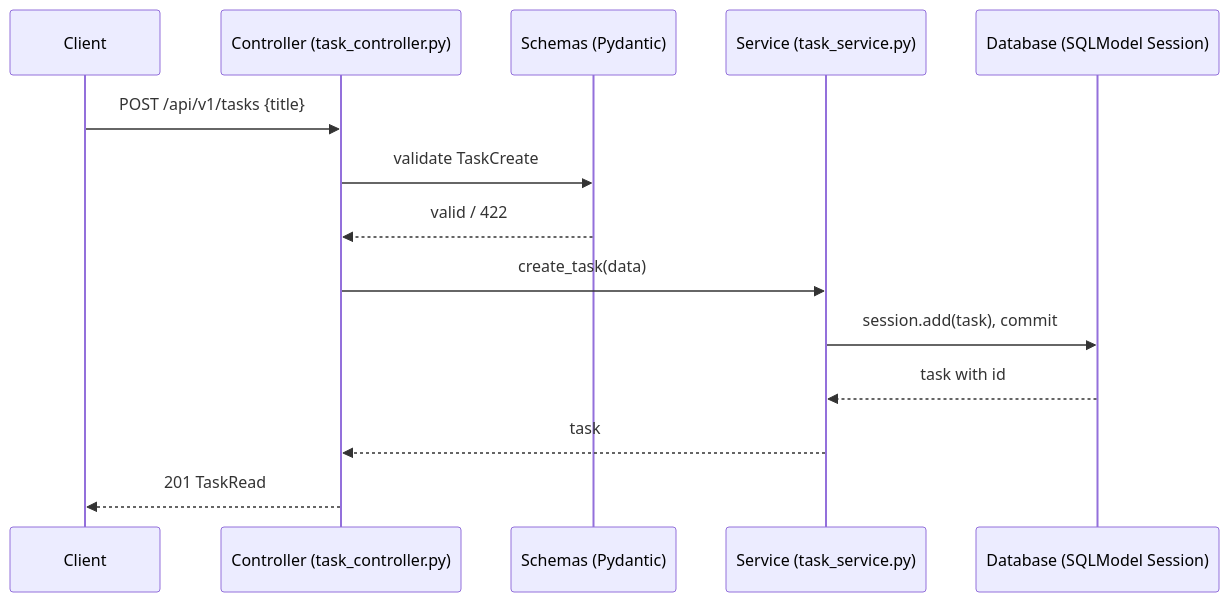
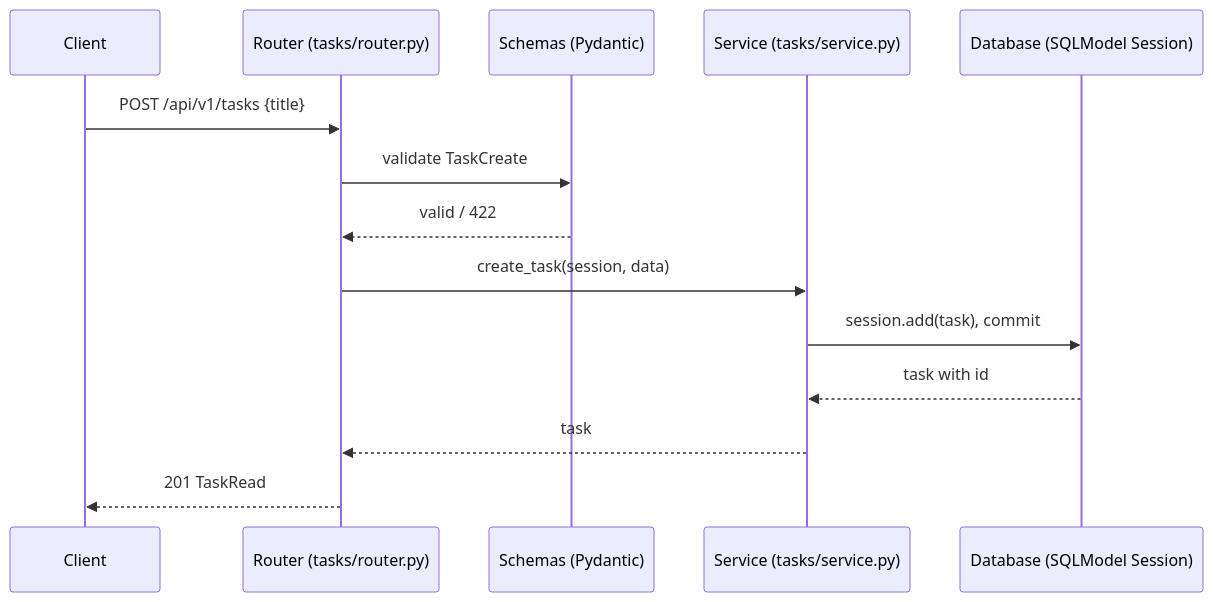
The second of 6 diagrams in docs/03-tdd.md (sayef-reyadh-labs/smarter-todo), drawn with Mermaid before and after one commit. The commit also changed other lines of this file, not shown here.

Commit message:
docs: update tdd structure and request flow for feature-based backend (#3)

````diff
--- a/docs/03-tdd.md
+++ b/docs/03-tdd.md
@@ -59,16 +59,16 @@
 ```mermaid
 sequenceDiagram
     participant C as Client
-    participant R as Controller (task_controller.py)
+    participant R as Router (tasks/router.py)
     participant S as Schemas (Pydantic)
-    participant V as Service (task_service.py)
+    participant V as Service (tasks/service.py)
     participant D as Database (SQLModel Session)
     C->>R: POST /api/v1/tasks {title}
     R->>S: validate TaskCreate
     S-->>R: valid / 422
-    R->>V: create_task(data)
+    R->>V: create_task(session, data)
     V->>D: session.add(task), commit
     D-->>V: task with id
     V-->>R: task
     R-->>C: 201 TaskRead
 ```
````
